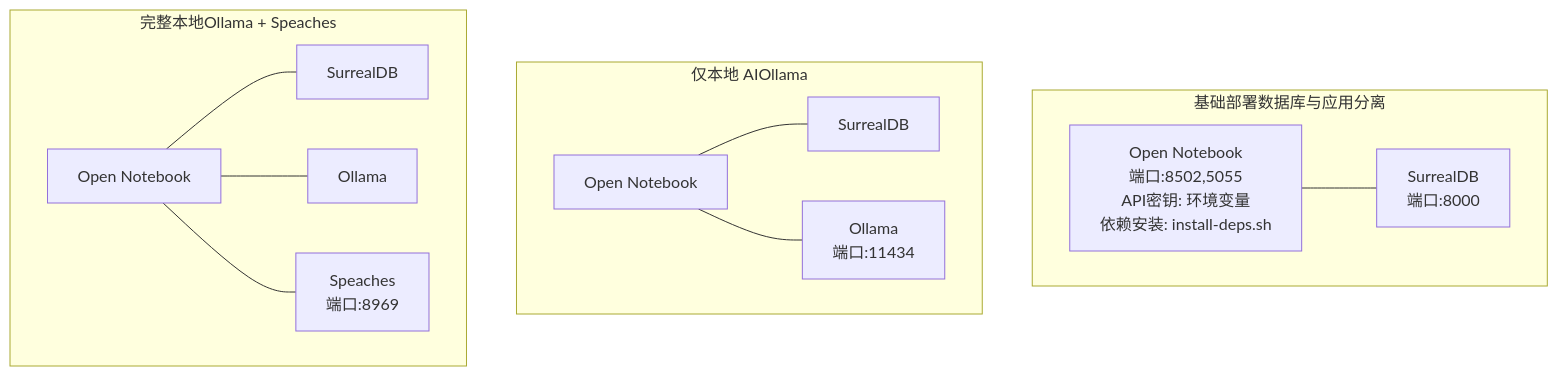
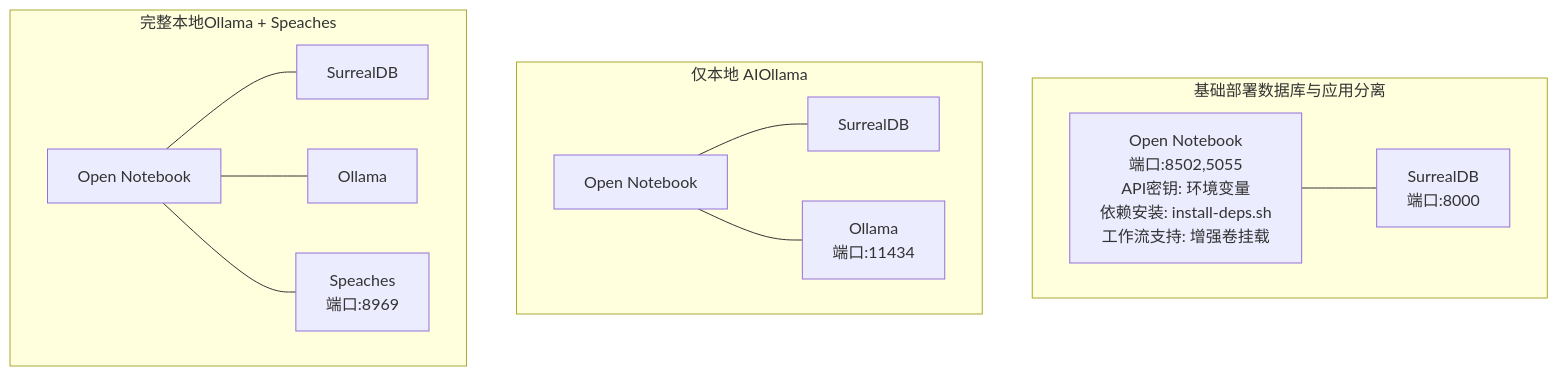
The second of 6 diagrams in .qoder/repowiki/zh/content/安装与部署/Docker Compose 部署.md (jackeyunjie/open-notebook), drawn with Mermaid before and after one commit. The commit also changed other lines of this file and 89 other files, not shown here.

````diff
--- a/.qoder/repowiki/zh/content/安装与部署/Docker Compose 部署.md
+++ b/.qoder/repowiki/zh/content/安装与部署/Docker Compose 部署.md
@@ -193,24 +210,24 @@
 ```mermaid
 graph TB
 subgraph "基础部署数据库与应用分离"
 SDB1["SurrealDB<br/>端口:8000"]
-APP1["Open Notebook<br/>端口:8502,5055<br/>API密钥: 环境变量<br/>依赖安装: install-deps.sh"]
+APP1["Open Notebook<br/>端口:8502,5055<br/>API密钥: 环境变量<br/>依赖安装: install-deps.sh<br/>工作流支持: 增强卷挂载"]
 APP1 --- SDB1
 end
 subgraph "仅本地 AIOllama"
 SDB2["SurrealDB"]
 OLL2["Ollama<br/>端口:11434"]
 APP2["Open Notebook"]
 APP2 --- SDB2
 APP2 --- OLL2
 end
 subgraph "完整本地Ollama + Speaches"
 SDB3["SurrealDB"]
 OLL3["Ollama"]
 SPE3["Speaches<br/>端口:8969"]
 APP3["Open Notebook"]
 APP3 --- SDB3
 APP3 --- OLL3
 APP3 --- SPE3
 end
 ```
````
